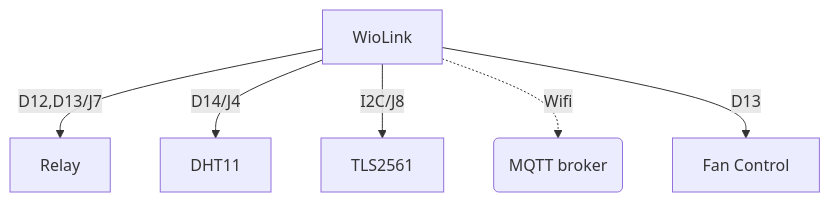
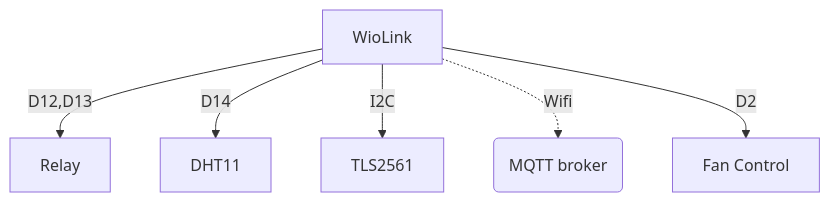
Before and after one commit to diegoquesada/WioGreenhouse: the first of 2 diagrams in README.md, drawn with Mermaid. The commit also changed other lines of this file and 3 other files, not shown here.

Commit message:
Fan control enhancements

````diff
--- a/README.md
+++ b/README.md
@@ -12,8 +12,8 @@
 ```mermaid
 graph TD;
-   A[WioLink] --> |D12,D13/J7| B[Relay]
-   A --> |D14/J4| C[DHT11]
-   A --> |I2C/J8| D[TLS2561]
+   A[WioLink] --> |D12,D13| B[Relay]
+   A --> |D14| C[DHT11]
+   A --> |I2C| D[TLS2561]
    A -.-> |Wifi| E(MQTT broker)
-   A --> |D13| F[Fan Control]
+   A --> |D2| F[Fan Control]
 ```
````
